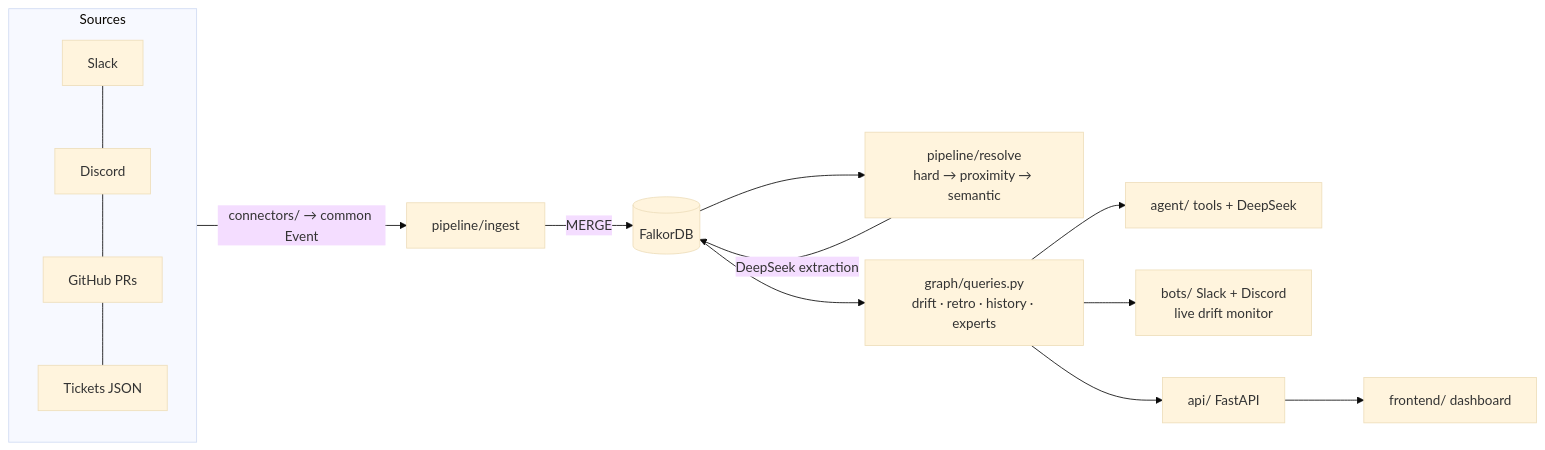
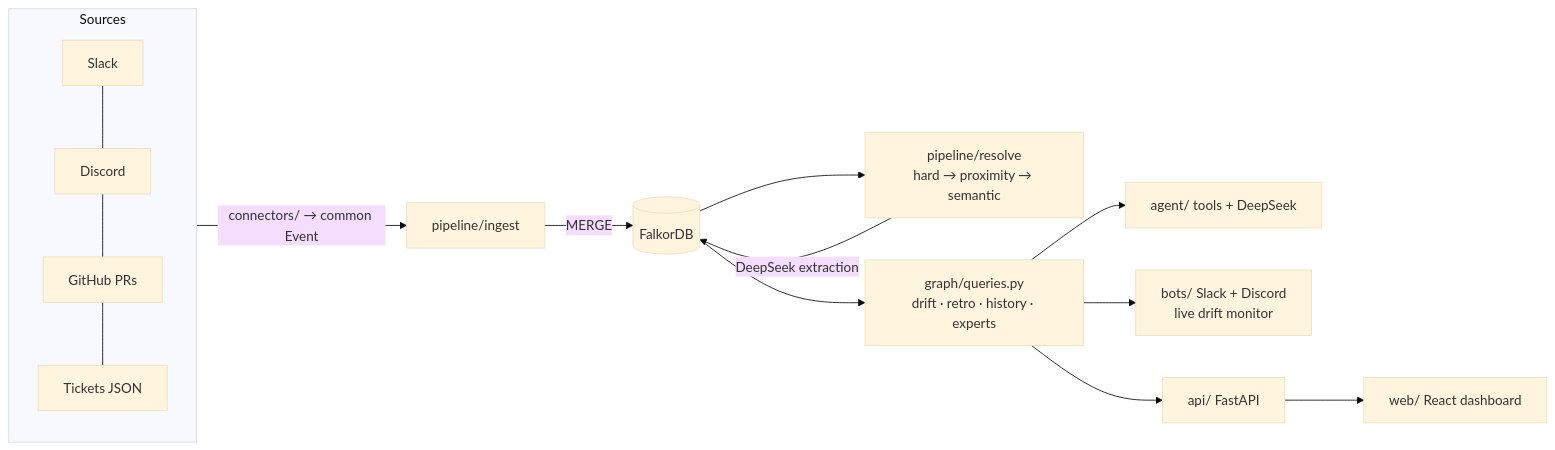
The first of 2 diagrams in README.md (ayushagarwalhere/company_brain), drawn with Mermaid (base theme) before and after one commit. The commit also changed other lines of this file and 25 other files, not shown here.

First line of the commit message:
React dashboard (Vite + TypeScript + Framer Motion), deep-space design

````diff
--- a/README.md
+++ b/README.md
@@ -53,14 +53,14 @@
 ```mermaid
 flowchart LR
   subgraph Sources
     S[Slack] --- D[Discord] --- G[GitHub PRs] --- T[Tickets JSON]
   end
   Sources -->|connectors/ → common Event| I[pipeline/ingest]
   I -->|MERGE| F[(FalkorDB)]
   F --> R[pipeline/resolve<br/>hard → proximity → semantic]
   R -->|DeepSeek extraction| F
   F --> Q[graph/queries.py<br/>drift · retro · history · experts]
   Q --> A[agent/ tools + DeepSeek]
   Q --> B[bots/ Slack + Discord<br/>live drift monitor]
-  Q --> API[api/ FastAPI] --> UI[frontend/ dashboard]
+  Q --> API[api/ FastAPI] --> UI[web/ React dashboard]
 ```
````
